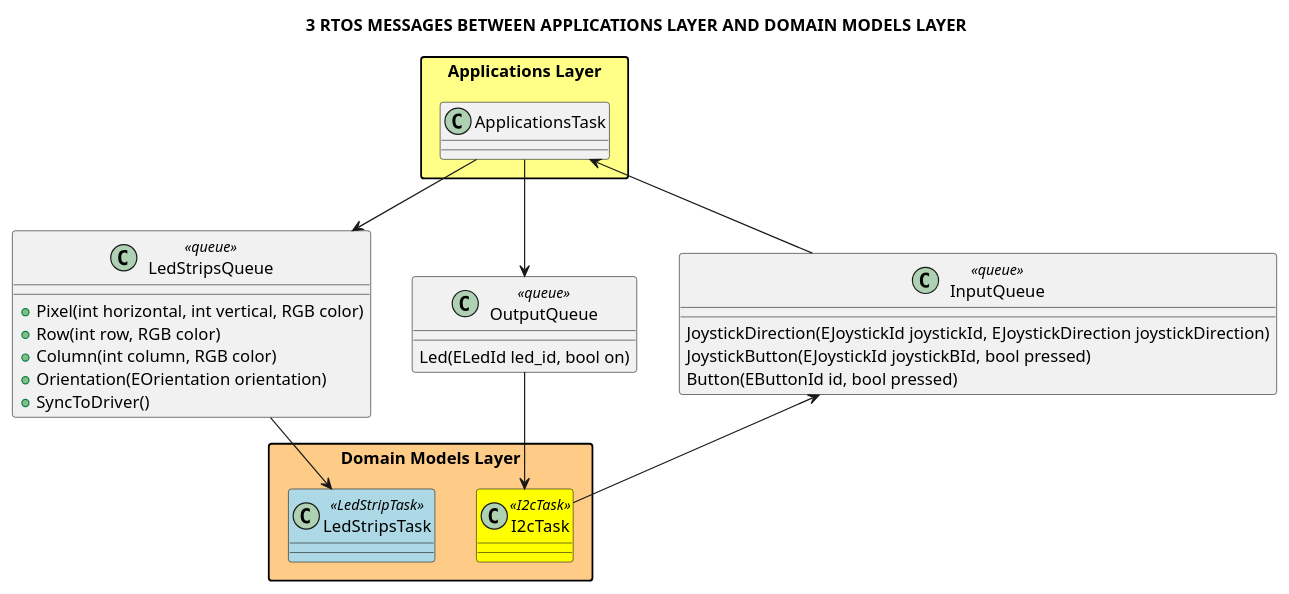
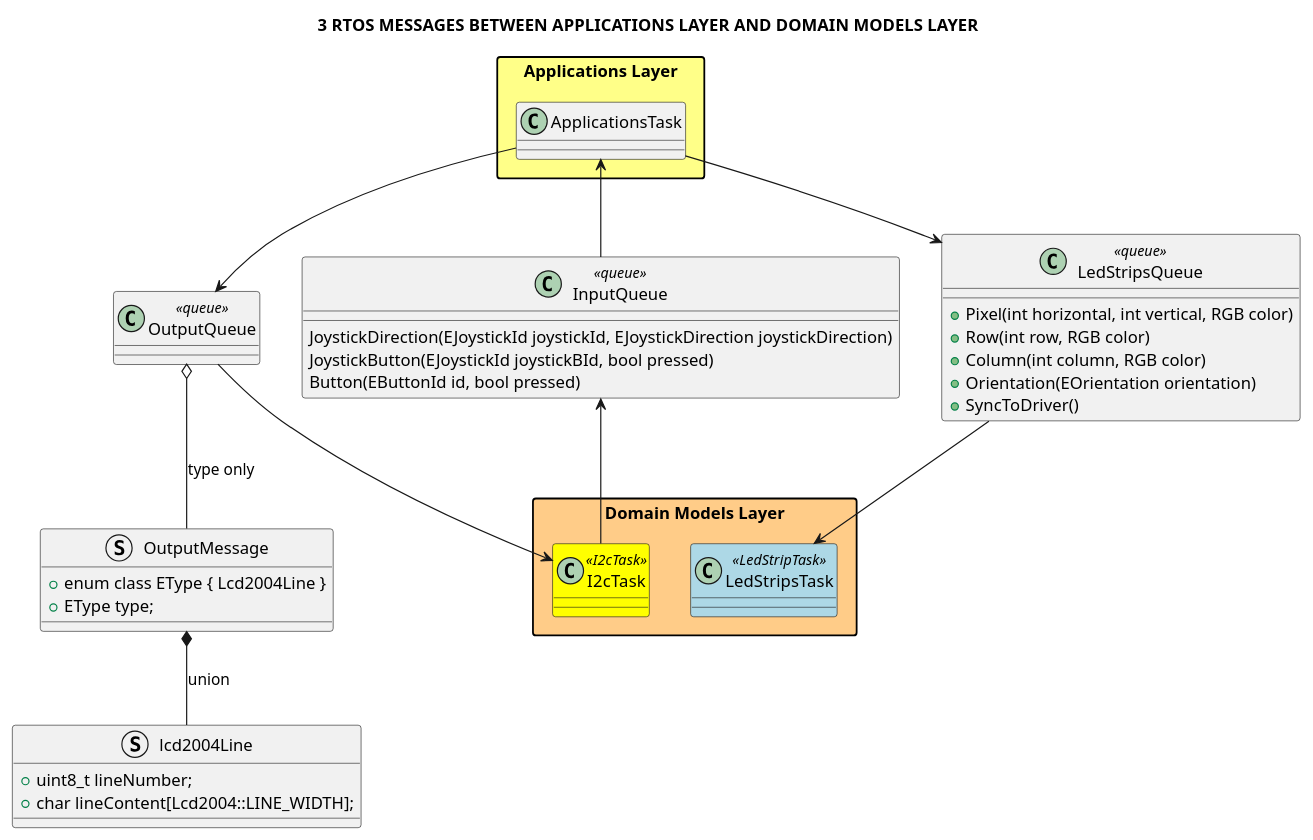
One commit to michelkeijzers/fraxis changed the diagram in Docs/Software Design/Layers/L3_messages.puml. Above: the diagram before and after it, drawn with PlantUML. The commit also changed 15 other files, not shown here.

```diff
--- a/Docs/Software Design/Layers/L3_messages.puml
+++ b/Docs/Software Design/Layers/L3_messages.puml
@@ -1,52 +1,66 @@
 @startuml
 
 title 3 RTOS MESSAGES BETWEEN APPLICATIONS LAYER AND DOMAIN MODELS LAYER
 
 skinparam packageStyle rectangle
 skinparam lineThickness 2
 
 '------------------------------------------------------------------------------------------------
 '                           APPLICATIONS LAYER 
 '------------------------------------------------------------------------------------------------
- 
+
 package "Applications Layer" #ff8
 {
     class ApplicationsTask {}
 } 
 
 class LedStripsQueue <<queue>> 
 {
     + Pixel(int horizontal, int vertical, RGB color)
     + Row(int row, RGB color)
     + Column(int column, RGB color)
     + Orientation(EOrientation orientation)
     + SyncToDriver()
 }
 
 class OutputQueue <<queue>> 
 {
-    Led(ELedId led_id, bool on)
 }
+
+struct OutputMessage
+{
+    + enum class EType { Lcd2004Line }
+    + EType type;
+}
+
+struct lcd2004Line 
+{
+    + uint8_t lineNumber;
+    + char lineContent[Lcd2004::LINE_WIDTH];
+}
+
+OutputQueue o-- OutputMessage : type only
+OutputMessage *-- lcd2004Line : union
 
 class InputQueue <<queue>> 
 {
     JoystickDirection(EJoystickId joystickId, EJoystickDirection joystickDirection)
     JoystickButton(EJoystickId joystickBId, bool pressed)
     Button(EButtonId id, bool pressed)
 }
 
 ApplicationsTask --> LedStripsQueue
 ApplicationsTask --> OutputQueue
 ApplicationsTask <-- InputQueue
 
 package "Domain Models Layer" as DomainModelsLayer #fc8
 {
     class I2cTask <<I2cTask>> #yellow
     class LedStripsTask <<LedStripTask>> #lightblue
 }
 
 LedStripsQueue --> LedStripsTask
 OutputQueue --> I2cTask
 InputQueue <-- I2cTask
 
 @enduml
```
